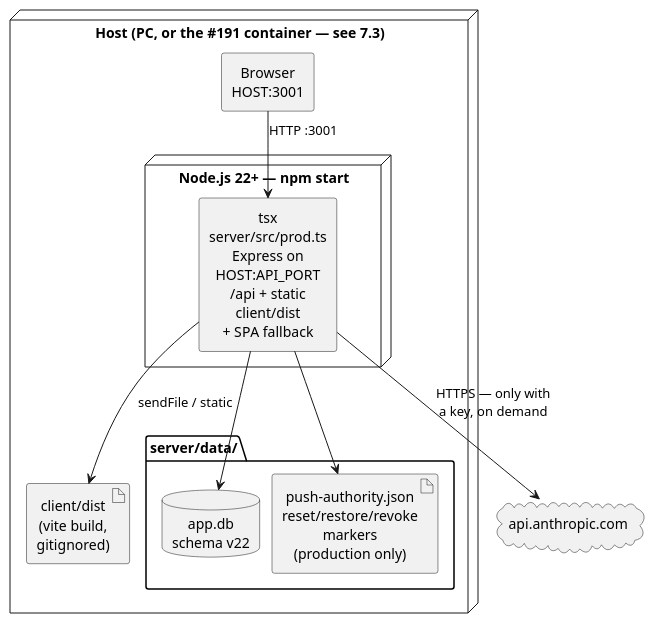
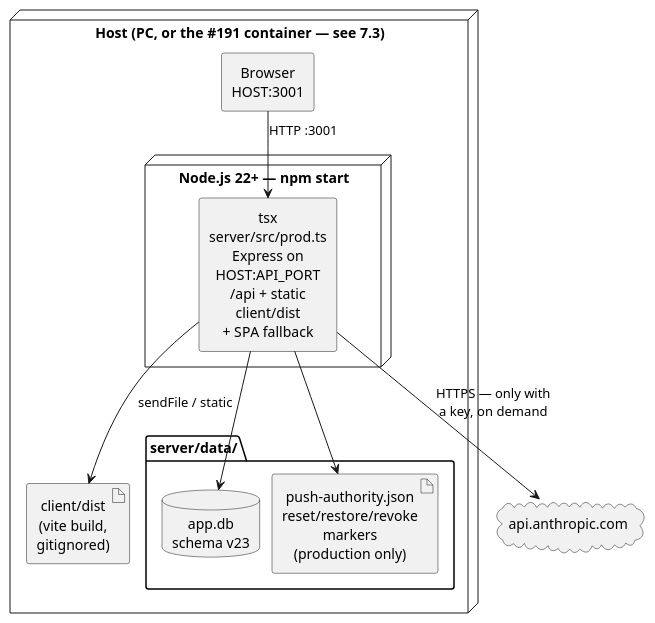
One commit to FelixGeisler/draw changed the second of 4 diagrams in docs/modules/ROOT/pages/07_deployment_view.adoc. Above: the diagram before and after it, drawn with PlantUML. The commit also changed other lines of this file and 10 other files, not shown here.

```diff
--- a/docs/modules/ROOT/pages/07_deployment_view.adoc
+++ b/docs/modules/ROOT/pages/07_deployment_view.adoc
@@ -138,30 +138,30 @@
 [plantuml,deployment-prod,svg]
 ....
 @startuml
 skinparam shadowing false
 skinparam wrapWidth 140
 skinparam defaultTextAlignment center
 skinparam componentStyle rectangle
 skinparam nodesep 12
 skinparam ranksep 18
 
 node "Host (PC, or the #191 container — see 7.3)" as host {
   component "Browser\nHOST:3001" as browser
   node "Node.js 22+ — npm start" as prodtree {
     component "tsx server/src/prod.ts\nExpress on HOST:API_PORT\n/api + static client/dist\n+ SPA fallback" as express
   }
   artifact "client/dist\n(vite build, gitignored)" as dist
   folder "server/data/" as data {
-    database "app.db\nschema v22" as db
+    database "app.db\nschema v23" as db
     artifact "push-authority.json\nreset/restore/revoke markers\n(production only)" as pushstate
   }
 }
 cloud "api.anthropic.com" as claude
 
 browser --> express : HTTP :3001
 express --> dist : sendFile / static
 express --> db
 express --> pushstate
 express --> claude : HTTPS — only with\na key, on demand
 @enduml
 ....
```
